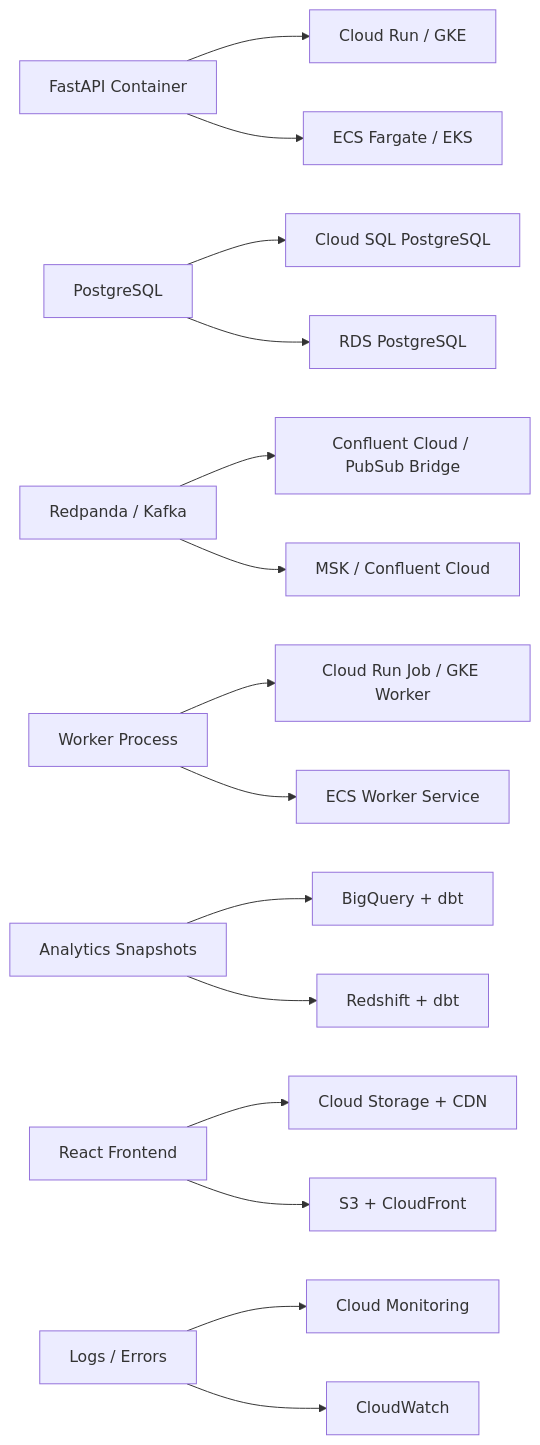
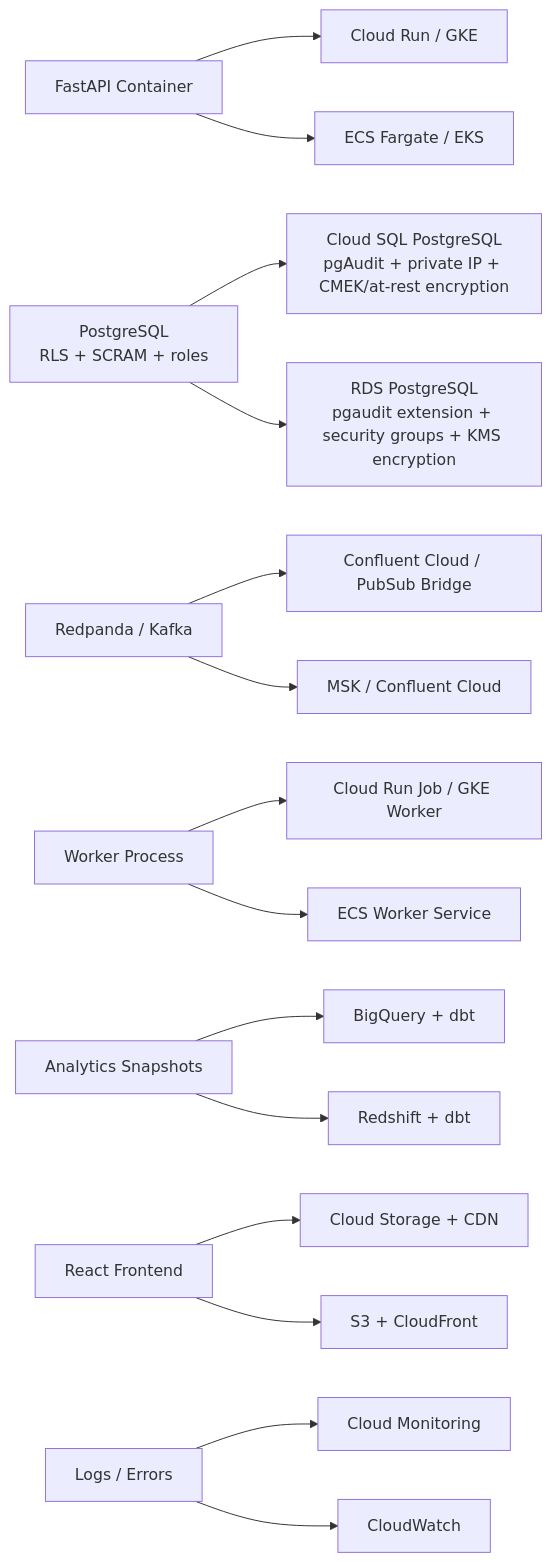
Before and after one commit to waigisteve/agent-network-infra-sim: the fourth of 4 diagrams in docs/architecture.md, drawn with Mermaid. The commit also changed other lines of this file and 1 other file, not shown here.

Commit message:
Update architecture diagrams for database security

````diff
--- a/docs/architecture.md
+++ b/docs/architecture.md
@@ -228,23 +295,23 @@
 ```mermaid
 flowchart LR
     local_api[FastAPI Container] --> gcp_api[Cloud Run / GKE]
     local_api --> aws_api[ECS Fargate / EKS]
 
-    local_pg[PostgreSQL] --> gcp_pg[Cloud SQL PostgreSQL]
-    local_pg --> aws_pg[RDS PostgreSQL]
+    local_pg[PostgreSQL<br/>RLS + SCRAM + roles] --> gcp_pg[Cloud SQL PostgreSQL<br/>pgAudit + private IP + CMEK/at-rest encryption]
+    local_pg --> aws_pg[RDS PostgreSQL<br/>pgaudit extension + security groups + KMS encryption]
 
     local_kafka[Redpanda / Kafka] --> gcp_kafka[Confluent Cloud / PubSub Bridge]
     local_kafka --> aws_kafka[MSK / Confluent Cloud]
 
     local_worker[Worker Process] --> gcp_worker[Cloud Run Job / GKE Worker]
     local_worker --> aws_worker[ECS Worker Service]
 
     local_analytics[Analytics Snapshots] --> gcp_wh[BigQuery + dbt]
     local_analytics --> aws_wh[Redshift + dbt]
 
     local_frontend[React Frontend] --> gcp_static[Cloud Storage + CDN]
     local_frontend --> aws_static[S3 + CloudFront]
 
     local_monitoring[Logs / Errors] --> gcp_obs[Cloud Monitoring]
     local_monitoring --> aws_obs[CloudWatch]
 ```
````
